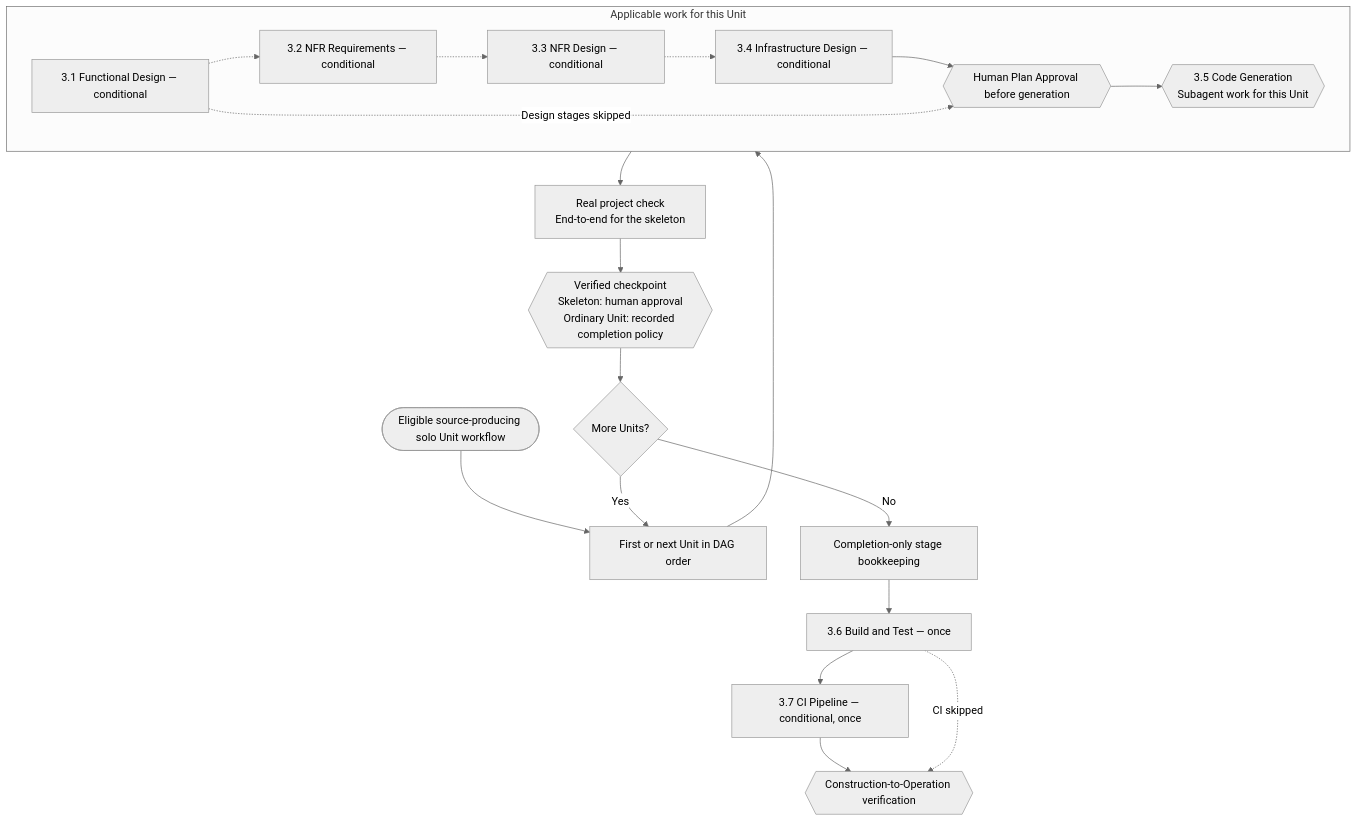
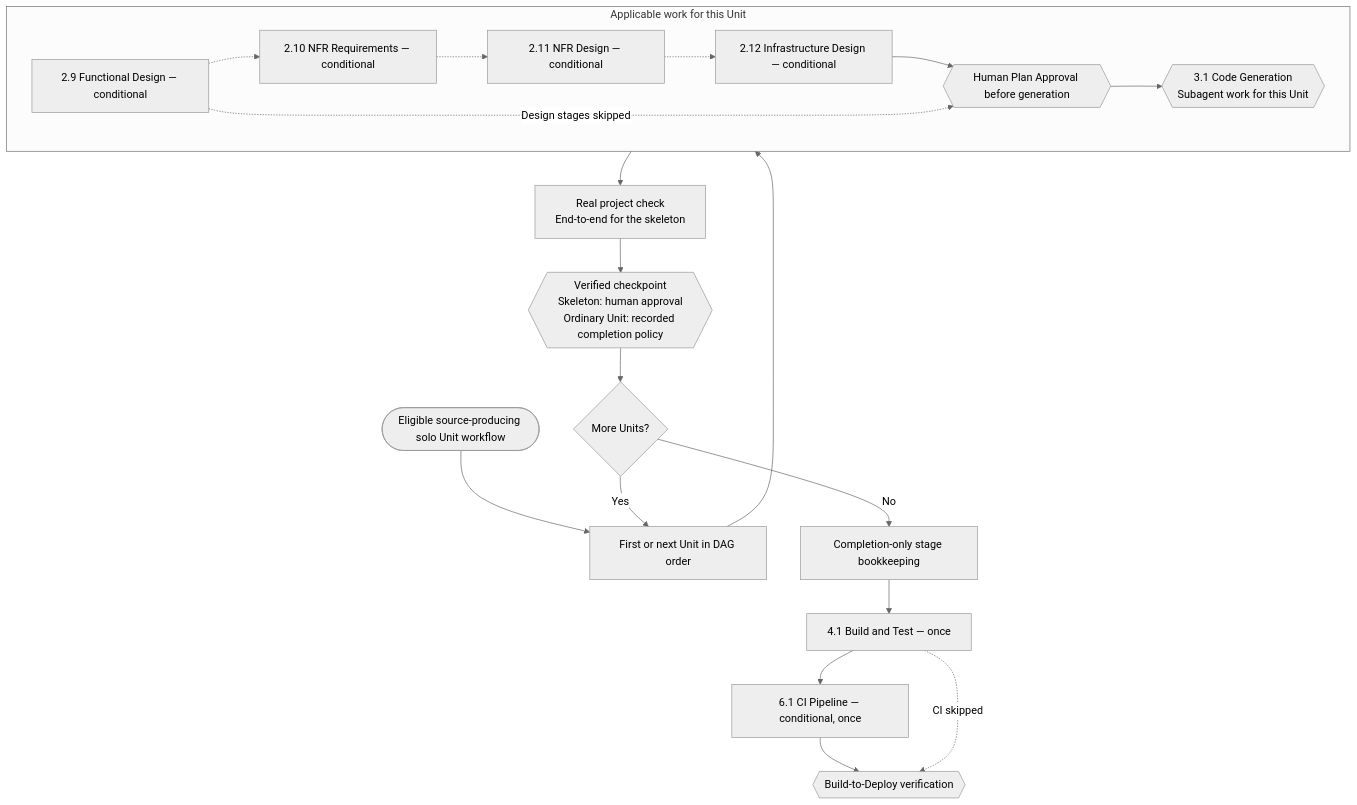
One commit to devsoftx/aidlc-workflows changed the fourth of 12 diagrams in docs/reference/diagrams.md. Above: the diagram before and after it, drawn with Mermaid (neutral theme). The commit also changed other lines of this file and 34 other files, not shown here.

````diff
--- a/docs/reference/diagrams.md
+++ b/docs/reference/diagrams.md
@@ -183,30 +203,30 @@
 ```mermaid
 flowchart TD
     START(["Eligible source-producing solo Unit workflow"])
     NEXT["First or next Unit in DAG order"]
     subgraph PER_UNIT["Applicable work for this Unit"]
-        S31["3.1 Functional Design — conditional"]
-        S32["3.2 NFR Requirements — conditional"]
-        S33["3.3 NFR Design — conditional"]
-        S34["3.4 Infrastructure Design — conditional"]
+        S29["2.9 Functional Design — conditional"]
+        S210["2.10 NFR Requirements — conditional"]
+        S211["2.11 NFR Design — conditional"]
+        S212["2.12 Infrastructure Design — conditional"]
         PLAN{{"Human Plan Approval before generation"}}
-        S35{{"3.5 Code Generation<br/>Subagent work for this Unit"}}
-        S31 -.-> S32
-        S32 -.-> S33
-        S33 -.-> S34
-        S34 --> PLAN --> S35
-        S31 -.->|Design stages skipped| PLAN
+        S31{{"3.1 Code Generation<br/>Subagent work for this Unit"}}
+        S29 -.-> S210
+        S210 -.-> S211
+        S211 -.-> S212
+        S212 --> PLAN --> S31
+        S29 -.->|Design stages skipped| PLAN
     end
     VERIFY["Real project check<br/>End-to-end for the skeleton"]
     CHECKPOINT{{"Verified checkpoint<br/>Skeleton: human approval<br/>Ordinary Unit: recorded completion policy"}}
     MORE{"More Units?"}
     BOOK["Completion-only stage bookkeeping"]
-    S36["3.6 Build and Test — once"]
-    S37["3.7 CI Pipeline — conditional, once"]
-    VG3{{"Construction-to-Operation verification"}}
+    S41["4.1 Build and Test — once"]
+    S61["6.1 CI Pipeline — conditional, once"]
+    VG3{{"Build-to-Deploy verification"}}
     START --> NEXT --> PER_UNIT --> VERIFY --> CHECKPOINT --> MORE
     MORE -->|Yes| NEXT
-    MORE -->|No| BOOK --> S36
-    S36 --> S37 --> VG3
-    S36 -.->|CI skipped| VG3
+    MORE -->|No| BOOK --> S41
+    S41 --> S61 --> VG3
+    S41 -.->|CI skipped| VG3
 ```
````
